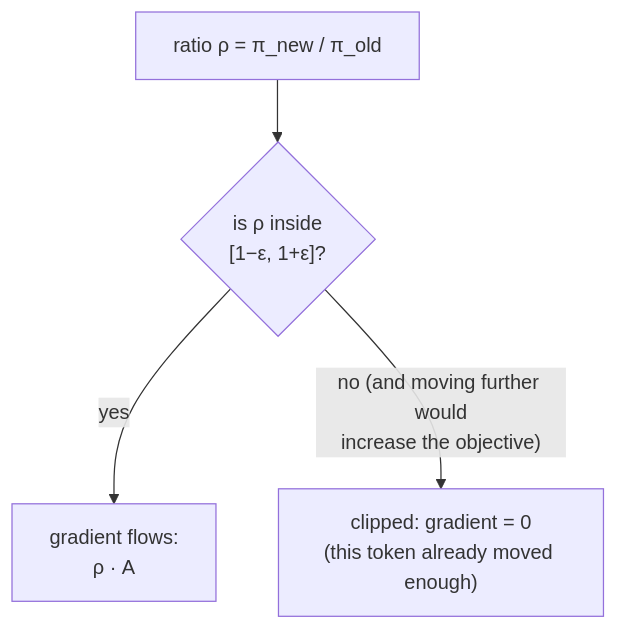
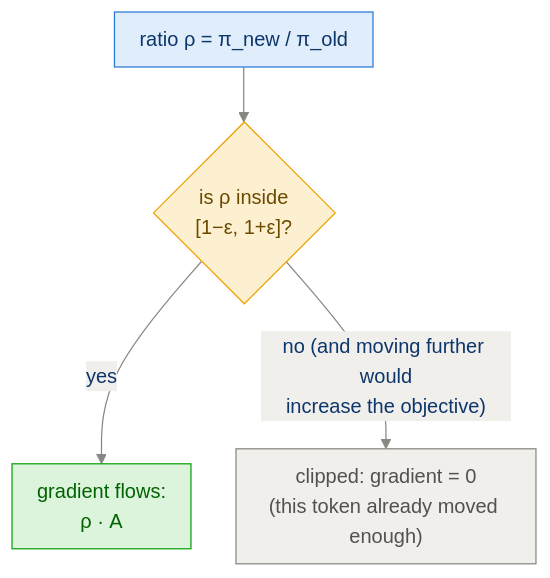
One commit to sudhanshu-shivam-dev/reasoning_model_from_scratch changed the third of 4 diagrams in study_guide/ch06_grpo_reinforcement_learning.md. Above: the diagram before and after it, drawn with Mermaid. The commit also changed other lines of this file and 14 other files, not shown here.

First line of the commit message:
Restyle all 54 diagrams: consistent palette, semantic colors, better spacing

````diff
--- a/study_guide/ch06_grpo_reinforcement_learning.md
+++ b/study_guide/ch06_grpo_reinforcement_learning.md
@@ -126,6 +138,13 @@
 ```mermaid
+%%{init: {"theme":"base","themeVariables":{"primaryColor":"#e0edfb","primaryTextColor":"#0d366b","primaryBorderColor":"#2a78d6","lineColor":"#898781","textColor":"#52514e","edgeLabelBackground":"#f0efec","clusterBkg":"rgba(137,135,129,0.07)","clusterBorder":"#a9a7a0","titleColor":"#898781"},"flowchart":{"nodeSpacing":36,"rankSpacing":44,"curve":"basis","padding":10}}}%%
 flowchart TB
     RHO["ratio ρ = π_new / π_old"] --> C{"is ρ inside<br/>[1−ε, 1+ε]?"}
     C -- yes --> FULL["gradient flows:<br/>ρ · A"]
     C -- "no (and moving further would<br/>increase the objective)" --> CLIP["clipped: gradient = 0<br/>(this token already moved enough)"]
+    classDef dec fill:#fdf0d1,stroke:#eda100,color:#6b4a00
+    classDef good fill:#dcf3dc,stroke:#0ca30c,color:#006300
+    classDef dim fill:#f0efec,stroke:#898781,color:#52514e
+    class C dec
+    class FULL good
+    class CLIP dim
 ```
````
